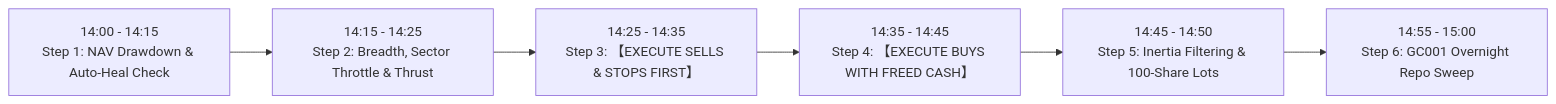
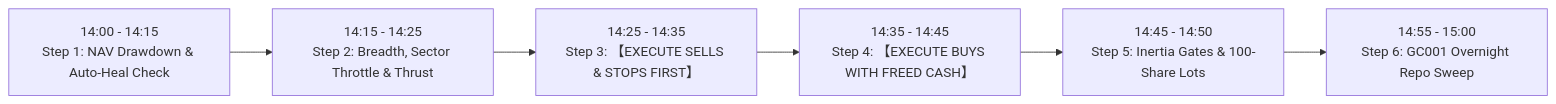
One commit to stonewell/quant_research changed the second of 2 diagrams in docs/ruleset/chan_dual_hybrid_blend/rules.md. Above: the diagram before and after it, drawn with Mermaid. The commit also changed other lines of this file and 11 other files, not shown here.

Commit message:
separate live trade gates from backtest inertia in trading manuals

````diff
--- a/docs/ruleset/chan_dual_hybrid_blend/rules.md
+++ b/docs/ruleset/chan_dual_hybrid_blend/rules.md
@@ -82,8 +82,8 @@
 ```mermaid
 flowchart LR
     T1["14:00 - 14:15\nStep 1: NAV Drawdown & Auto-Heal Check"] --> T2["14:15 - 14:25\nStep 2: Breadth, Sector Throttle & Thrust"]
     T2 --> T3["14:25 - 14:35\nStep 3: 【EXECUTE SELLS & STOPS FIRST】"]
     T3 --> T4["14:35 - 14:45\nStep 4: 【EXECUTE BUYS WITH FREED CASH】"]
-    T4 --> T5["14:45 - 14:50\nStep 5: Inertia Filtering & 100-Share Lots"]
+    T4 --> T5["14:45 - 14:50\nStep 5: Inertia Gates & 100-Share Lots"]
     T5 --> T6["14:55 - 15:00\nStep 6: GC001 Overnight Repo Sweep"]
 ```
````
